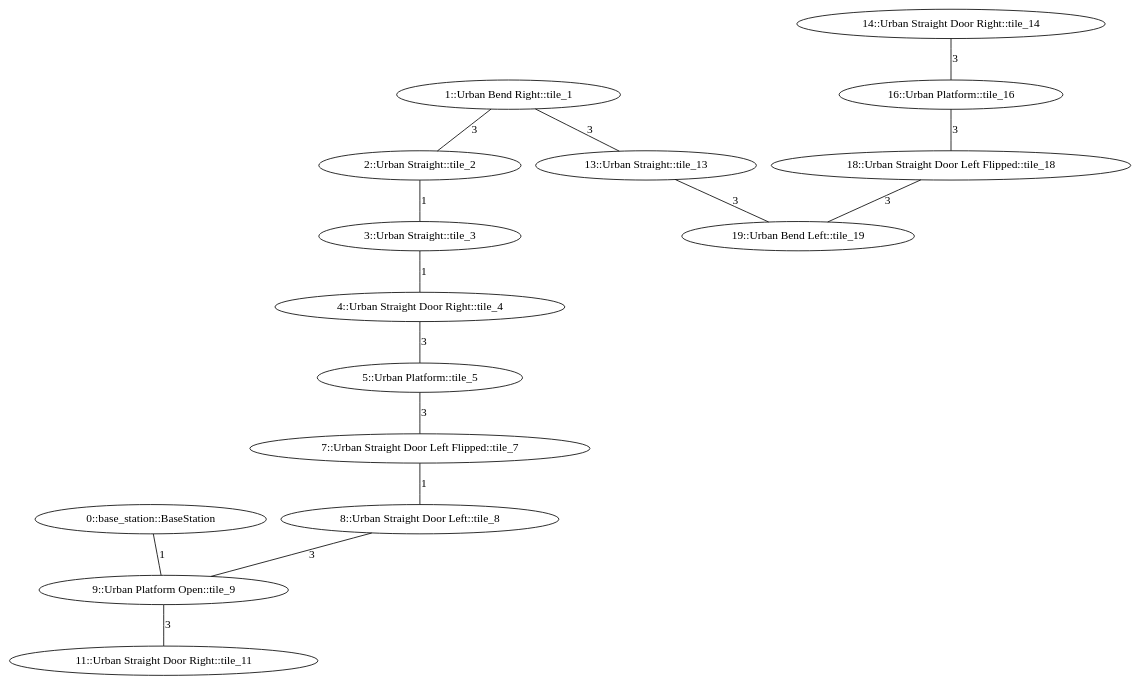
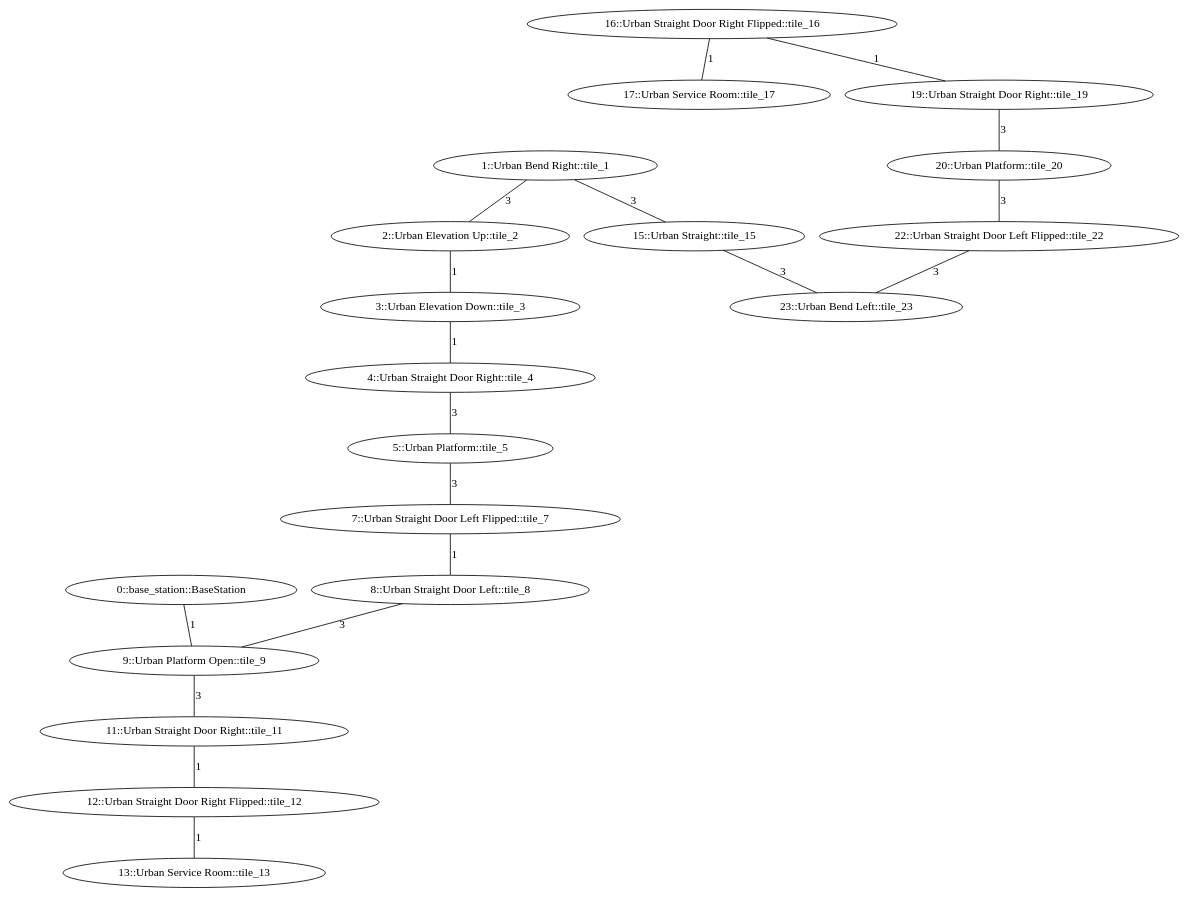
One commit to osrf/subt changed the diagram in subt_ign/worlds/simple_urban_03.dot. Above: the diagram before and after it, drawn with Graphviz. The commit also changed 2 other files, not shown here.

Commit message:
add slope tiles and service rooms

```diff
--- a/subt_ign/worlds/simple_urban_03.dot
+++ b/subt_ign/worlds/simple_urban_03.dot
@@ -1,43 +1,51 @@
 /* Visibility graph for simple_urban_03.tsv */
 /* Generated with the tile_tsv.py script: */
-/*   /home/master/data/ws/sim/subt_private_ws/src/subt_private/subt_ign/worlds/urban_circuit/tile_tsv.py simple_urban_03.tsv -\-graph-file simple_urban_03.dot -\-world-file simple_urban_03.sdf -\-world-name simple_urban_03 -\-scale_x 40 -\-scale_y 40 -\-urban -\-y0 32 -\-x0 -480 */
+/*   tile_tsv.py simple_urban_03.tsv -\-graph-file simple_urban_03.dot -\-world-file simple_urban_03.sdf -\-world-name simple_urban_03 -\-scale_x 40 -\-scale_y 40 -\-urban -\-y0 32 -\-x0 -480 */
 
 graph {
   /* ==== Vertices ==== */
 
   /* Base station / Staging area */
   0   [label="0::base_station::BaseStation"];
 
   1   [label="1::Urban Bend Right::tile_1"];
-  2   [label="2::Urban Straight::tile_2"];
-  3   [label="3::Urban Straight::tile_3"];
+  2   [label="2::Urban Elevation Up::tile_2"];
+  3   [label="3::Urban Elevation Down::tile_3"];
   4   [label="4::Urban Straight Door Right::tile_4"];
   5   [label="5::Urban Platform::tile_5"];
   7   [label="7::Urban Straight Door Left Flipped::tile_7"];
   8   [label="8::Urban Straight Door Left::tile_8"];
   9   [label="9::Urban Platform Open::tile_9"];
   11  [label="11::Urban Straight Door Right::tile_11"];
-  13  [label="13::Urban Straight::tile_13"];
-  14  [label="14::Urban Straight Door Right::tile_14"];
-  16  [label="16::Urban Platform::tile_16"];
-  18  [label="18::Urban Straight Door Left Flipped::tile_18"];
-  19  [label="19::Urban Bend Left::tile_19"];
+  12  [label="12::Urban Straight Door Right Flipped::tile_12"];
+  13  [label="13::Urban Service Room::tile_13"];
+  15  [label="15::Urban Straight::tile_15"];
+  16  [label="16::Urban Straight Door Right Flipped::tile_16"];
+  17  [label="17::Urban Service Room::tile_17"];
+  19  [label="19::Urban Straight Door Right::tile_19"];
+  20  [label="20::Urban Platform::tile_20"];
+  22  [label="22::Urban Straight Door Left Flipped::tile_22"];
+  23  [label="23::Urban Bend Left::tile_23"];
 
   /* ==== Edges ==== */
 
   /* Base station */
   0  -- 9   [label=1];
   1  -- 2   [label=3];
-  1  -- 13  [label=3];
+  1  -- 15  [label=3];
   2  -- 3   [label=1];
   3  -- 4   [label=1];
   4  -- 5   [label=3];
   5  -- 7   [label=3];
   7  -- 8   [label=1];
   8  -- 9   [label=3];
   9  -- 11  [label=3];
-  13 -- 19  [label=3];
-  14 -- 16  [label=3];
-  16 -- 18  [label=3];
-  18 -- 19  [label=3];
+  11 -- 12  [label=1];
+  15 -- 23  [label=3];
+  16 -- 19  [label=1];
+  19 -- 20  [label=3];
+  20 -- 22  [label=3];
+  22 -- 23  [label=3];
+  12 -- 13  [label=1];
+  16 -- 17  [label=1];
 }
```
